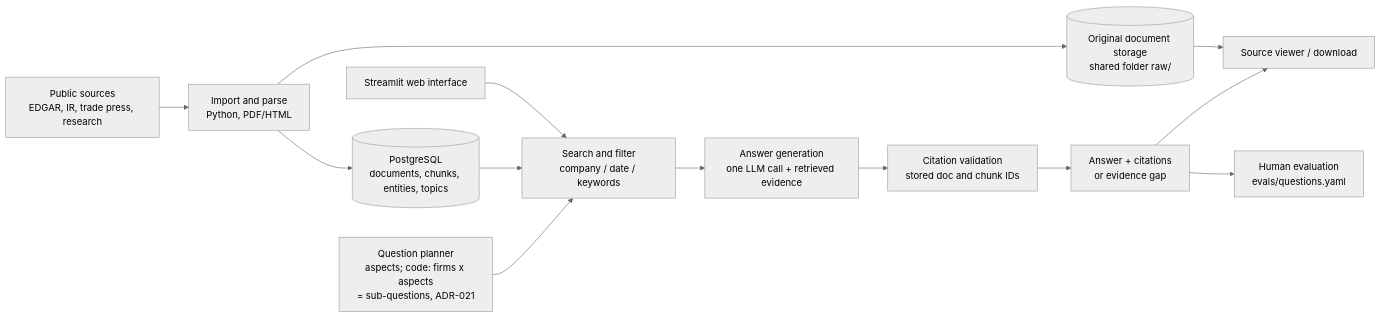
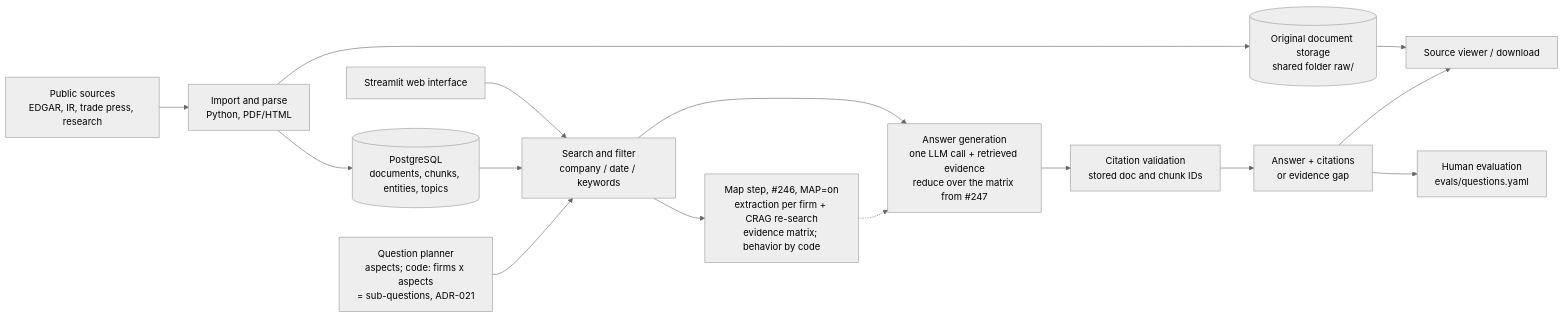
One commit to RENEGADES20/Competitive-Evidence-Engine-EDJ changed the diagram in docs/ARCHITECTURE.md. Above: the diagram before and after it, drawn with Mermaid (neutral theme). The commit also changed 61 other files, not shown here.

First line of the commit message:
Map step: per-firm extraction, CRAG re-search, evidence matrix, behavior by code (#246) (#256)

````diff
--- a/docs/ARCHITECTURE.md
+++ b/docs/ARCHITECTURE.md
@@ -8,15 +8,17 @@
 ```mermaid
 flowchart LR
     A[Public sources<br/>EDGAR, IR, trade press, research] --> B[Import and parse<br/>Python, PDF/HTML]
     B --> C[(Original document storage<br/>shared folder raw/)]
     B --> D[(PostgreSQL<br/>documents, chunks, entities, topics)]
     E[Streamlit web interface] --> F[Search and filter<br/>company / date / keywords]
     D --> F
     P[Question planner<br/>aspects; code: firms x aspects<br/>= sub-questions, ADR-021] --> F
-    F --> G[Answer generation<br/>one LLM call + retrieved evidence]
+    F --> M[Map step, #246, MAP=on<br/>extraction per firm + CRAG re-search<br/>evidence matrix; behavior by code]
+    F --> G[Answer generation<br/>one LLM call + retrieved evidence<br/>reduce over the matrix from #247]
+    M -.-> G
     G --> H[Citation validation<br/>stored doc and chunk IDs]
     H --> I[Answer + citations<br/>or evidence gap]
     I --> J[Human evaluation<br/>evals/questions.yaml]
     C --> K[Source viewer / download]
     I --> K
 ```
````
